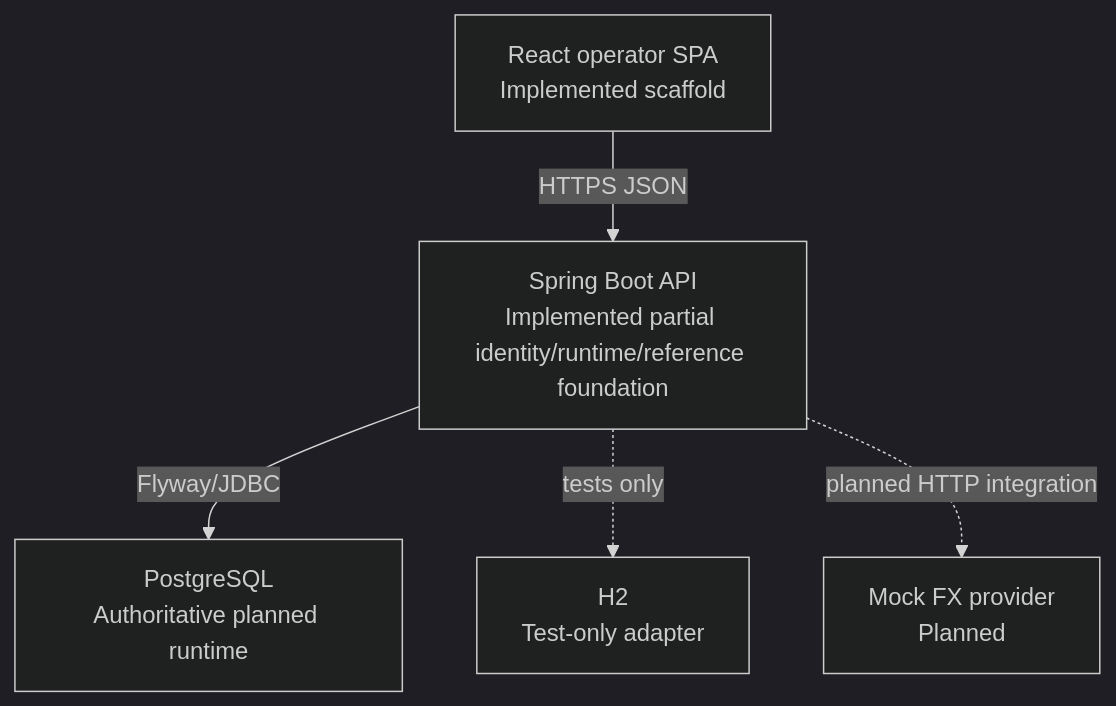
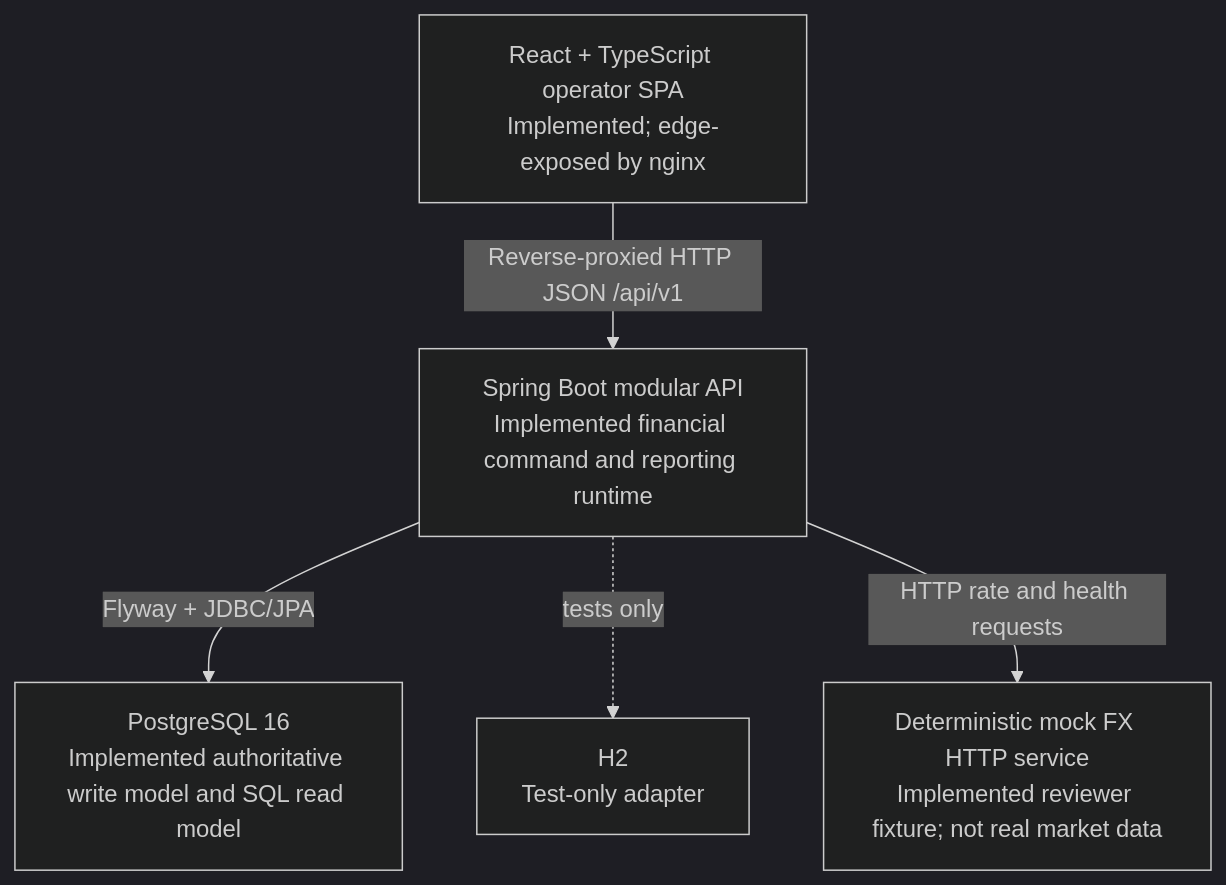
One commit to TakayukiKomatsu/nexoflow changed the diagram in docs/architecture/c4-container.mmd. Above: the diagram before and after it, drawn with Mermaid (dark theme). The commit also changed 156 other files, not shown here.

```diff
--- a/docs/architecture/c4-container.mmd
+++ b/docs/architecture/c4-container.mmd
@@ -1,11 +1,11 @@
 flowchart TB
-    browser["React operator SPA\nImplemented scaffold"]
-    backend["Spring Boot API\nImplemented partial identity/runtime/reference foundation"]
-    postgres["PostgreSQL\nAuthoritative planned runtime"]
+    browser["React + TypeScript operator SPA\nImplemented; edge-exposed by nginx"]
+    backend["Spring Boot modular API\nImplemented financial command and reporting runtime"]
+    postgres["PostgreSQL 16\nImplemented authoritative write model and SQL read model"]
     h2["H2\nTest-only adapter"]
-    fx["Mock FX provider\nPlanned"]
+    fx["Deterministic mock FX HTTP service\nImplemented reviewer fixture; not real market data"]
 
-    browser -->|HTTPS JSON| backend
-    backend -->|Flyway/JDBC| postgres
+    browser -->|Reverse-proxied HTTP JSON /api/v1| backend
+    backend -->|Flyway + JDBC/JPA| postgres
     backend -. tests only .-> h2
-    backend -. planned HTTP integration .-> fx
+    backend -->|HTTP rate and health requests| fx
```
